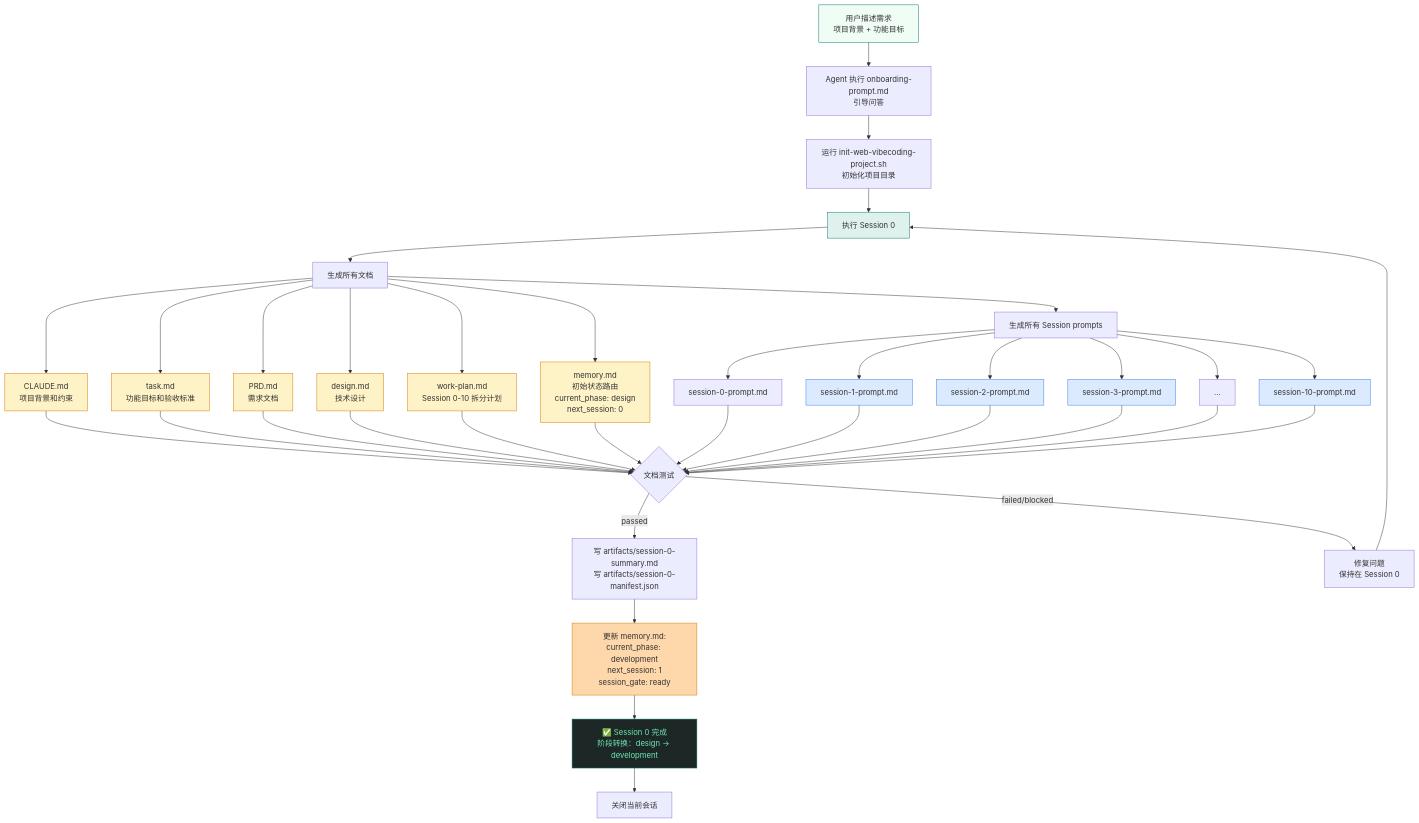
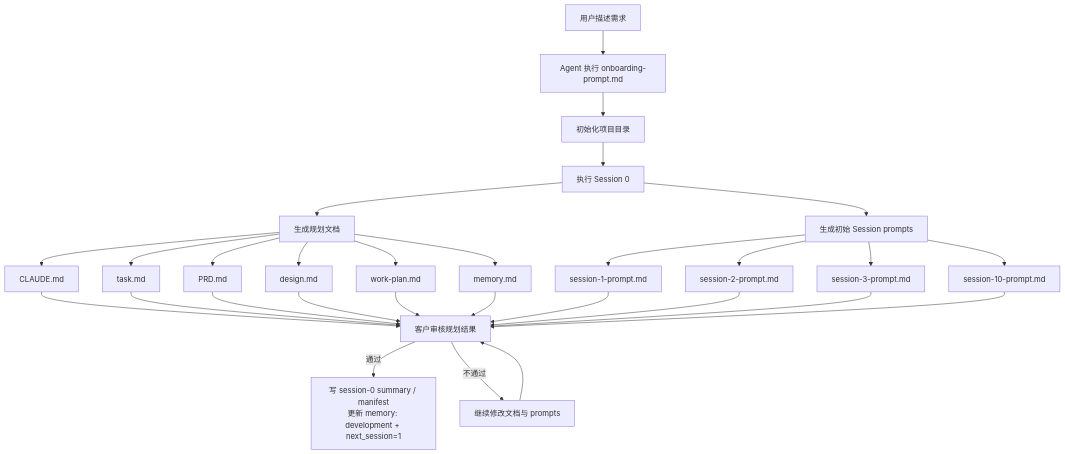
The first of 3 diagrams in docs/two-phase-architecture.md (qi9zg202-source/vibecodingworkflow), drawn with Mermaid before and after one commit. The commit also changed other lines of this file and 209 other files, not shown here.

````diff
--- a/docs/two-phase-architecture.md
+++ b/docs/two-phase-architecture.md
@@ -26,46 +39,25 @@
 ```mermaid
 flowchart TD
-    START["用户描述需求\n项目背景 + 功能目标"] --> ONBOARD["Agent 执行 onboarding-prompt.md\n引导问答"]
-    ONBOARD --> INIT["运行 init-web-vibecoding-project.sh\n初始化项目目录"]
+    START["用户描述需求"] --> ONBOARD["Agent 执行 onboarding-prompt.md"]
+    ONBOARD --> INIT["初始化项目目录"]
     INIT --> S0["执行 Session 0"]
 
-    S0 --> DOC["生成所有文档"]
-    DOC --> DOC1["CLAUDE.md\n项目背景和约束"]
-    DOC --> DOC2["task.md\n功能目标和验收标准"]
-    DOC --> DOC3["PRD.md\n需求文档"]
-    DOC --> DOC4["design.md\n技术设计"]
-    DOC --> DOC5["work-plan.md\nSession 0-10 拆分计划"]
-    DOC --> DOC6["memory.md\n初始状态路由\ncurrent_phase: design\nnext_session: 0"]
+    S0 --> DOC["生成规划文档"]
+    DOC --> D1["CLAUDE.md"]
+    DOC --> D2["task.md"]
+    DOC --> D3["PRD.md"]
+    DOC --> D4["design.md"]
+    DOC --> D5["work-plan.md"]
+    DOC --> D6["memory.md"]
 
-    DOC --> PROMPTS["生成所有 Session prompts"]
-    PROMPTS --> P0["session-0-prompt.md"]
+    S0 --> PROMPTS["生成初始 Session prompts"]
     PROMPTS --> P1["session-1-prompt.md"]
     PROMPTS --> P2["session-2-prompt.md"]
     PROMPTS --> P3["session-3-prompt.md"]
-    PROMPTS --> P4["..."]
     PROMPTS --> P10["session-10-prompt.md"]
 
-    DOC1 & DOC2 & DOC3 & DOC4 & DOC5 & DOC6 & P0 & P1 & P2 & P3 & P4 & P10 --> TEST{"文档测试"}
-    TEST -->|"passed"| SUMMARY["写 artifacts/session-0-summary.md\n写 artifacts/session-0-manifest.json"]
-    TEST -->|"failed/blocked"| FIX["修复问题\n保持在 Session 0"]
-    FIX --> S0
-
-    SUMMARY --> UPDATE["更新 memory.md:\ncurrent_phase: development\nnext_session: 1\nsession_gate: ready"]
-    UPDATE --> DONE["✅ Session 0 完成\n阶段转换：design → development"]
-    DONE --> STOP["关闭当前会话"]
-
-    style START fill:#f0fdf4,stroke:#0f766e
-    style S0 fill:#dff1ec,stroke:#0f766e
-    style DOC1 fill:#fef3c7,stroke:#d97706
-    style DOC2 fill:#fef3c7,stroke:#d97706
-    style DOC3 fill:#fef3c7,stroke:#d97706
-    style DOC4 fill:#fef3c7,stroke:#d97706
-    style DOC5 fill:#fef3c7,stroke:#d97706
-    style DOC6 fill:#fef3c7,stroke:#d97706
-    style P1 fill:#dbeafe,stroke:#3b82f6
-    style P2 fill:#dbeafe,stroke:#3b82f6
-    style P3 fill:#dbeafe,stroke:#3b82f6
-    style P10 fill:#dbeafe,stroke:#3b82f6
-    style UPDATE fill:#fed7aa,stroke:#d97706
-    style DONE fill:#1d2725,color:#6ee7b7,stroke:#0f766e
+    D1 & D2 & D3 & D4 & D5 & D6 & P1 & P2 & P3 & P10 --> REVIEW["客户审核规划结果"]
+    REVIEW -->|"通过"| CLOSEOUT["写 session-0 summary / manifest\n更新 memory: development + next_session=1"]
+    REVIEW -->|"不通过"| REPLAN["继续修改文档与 prompts"]
+    REPLAN --> REVIEW
 ```
````
